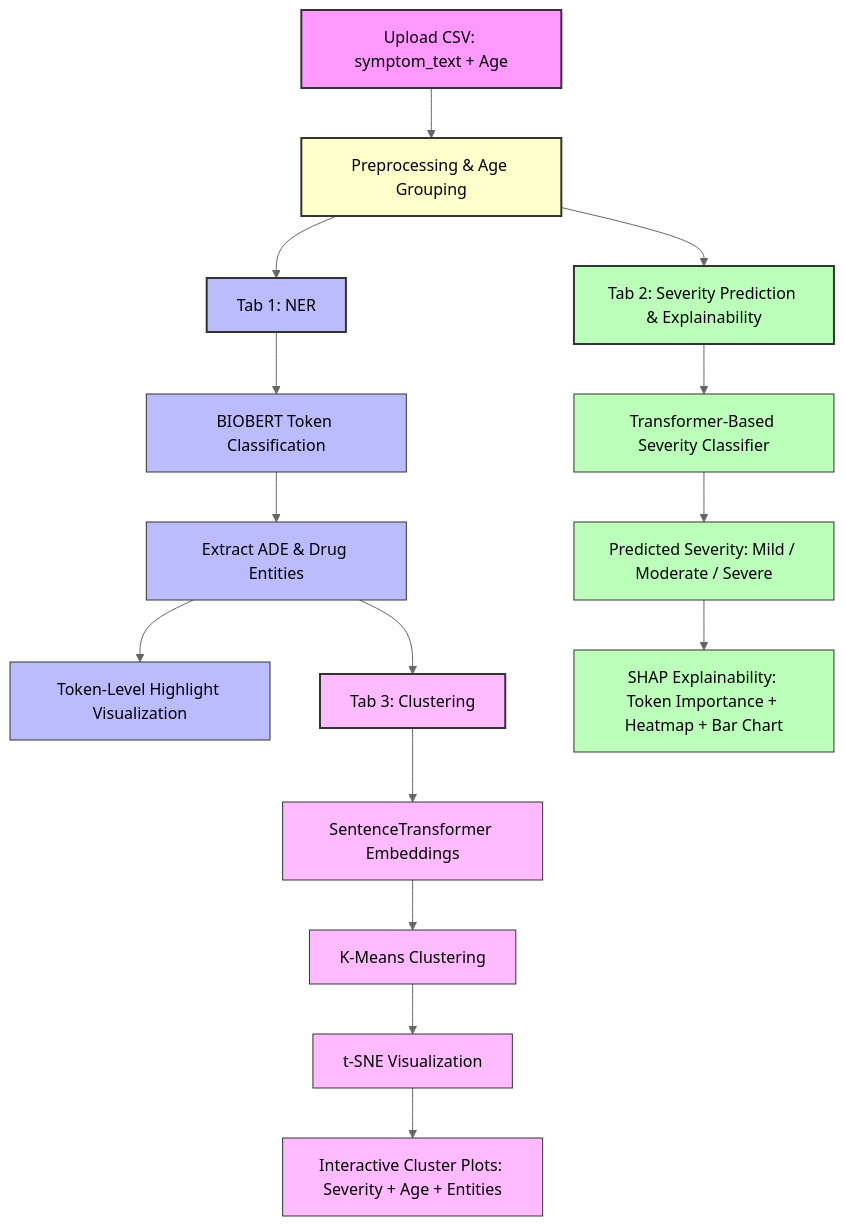
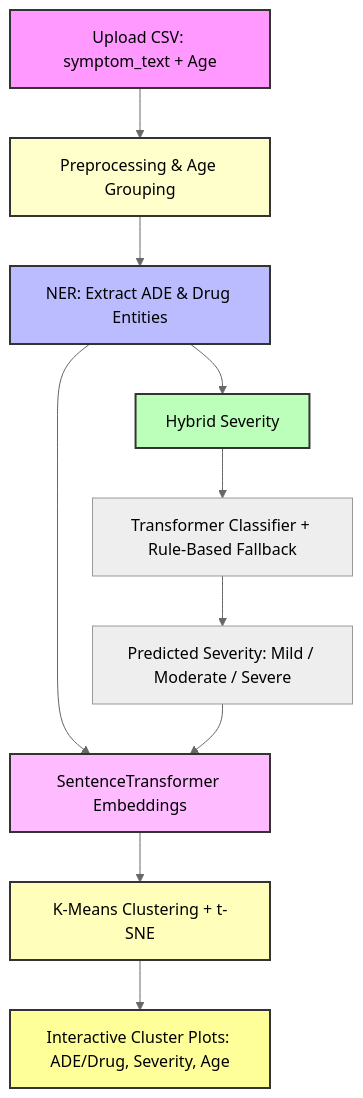
One commit to Sugiuma/ADEGuard changed the fourth of 4 diagrams in README.md. Above: the diagram before and after it, drawn with Mermaid (neutral theme). The commit also changed other lines of this file, not shown here.

````diff
--- a/README.md
+++ b/README.md
@@ -227,41 +224,24 @@
 ```mermaid
 flowchart TD
-    %% Input
     A[Upload CSV: symptom_text + Age] --> B[Preprocessing & Age Grouping]
 
-    %% Tab 1: NER
-    B --> C[Tab 1: NER]
-    C --> C1[BIOBERT Token Classification]
-    C1 --> C2[Extract ADE & Drug Entities]
-    C2 --> C3[Token-Level Highlight Visualization]
+    B --> C[NER: Extract ADE & Drug Entities]
 
-    %% Tab 2: Severity + SHAP
-    B --> D[Tab 2: Severity Prediction & Explainability]
-    D --> D1[Transformer-Based Severity Classifier]
+    C --> D[Hybrid Severity]
+    D --> D1[Transformer Classifier + Rule-Based Fallback]
     D1 --> D2[Predicted Severity: Mild / Moderate / Severe]
-    D2 --> D3[SHAP Explainability: Token Importance + Heatmap + Bar Chart]
 
-    %% Tab 3: Clustering
-    C2 --> E[Tab 3: Clustering]
-    E --> E1[SentenceTransformer Embeddings]
-    E1 --> E2[K-Means Clustering]
-    E2 --> E3[t-SNE Visualization]
-    E3 --> E4[Interactive Cluster Plots: Severity + Age + Entities]
+    C --> E[SentenceTransformer Embeddings]
+    D2 --> E
 
-    %% Styling for clarity
+    E --> F[K-Means Clustering + t-SNE]
+    F --> G[Interactive Cluster Plots: ADE/Drug, Severity, Age]
+
     style A fill:#f9f,stroke:#333,stroke-width:2px
     style B fill:#ffc,stroke:#333,stroke-width:2px
     style C fill:#bbf,stroke:#333,stroke-width:2px
-    style C1 fill:#bbf,stroke:#333,stroke-width:1px
-    style C2 fill:#bbf,stroke:#333,stroke-width:1px
-    style C3 fill:#bbf,stroke:#333,stroke-width:1px
     style D fill:#bfb,stroke:#333,stroke-width:2px
-    style D1 fill:#bfb,stroke:#333,stroke-width:1px
-    style D2 fill:#bfb,stroke:#333,stroke-width:1px
-    style D3 fill:#bfb,stroke:#333,stroke-width:1px
     style E fill:#fbf,stroke:#333,stroke-width:2px
-    style E1 fill:#fbf,stroke:#333,stroke-width:1px
-    style E2 fill:#fbf,stroke:#333,stroke-width:1px
-    style E3 fill:#fbf,stroke:#333,stroke-width:1px
-    style E4 fill:#fbf,stroke:#333,stroke-width:1px
+    style F fill:#ffb,stroke:#333,stroke-width:2px
+    style G fill:#ff9,stroke:#333,stroke-width:2px
 ```
````
